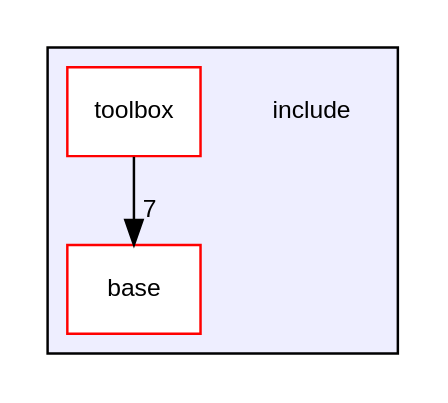
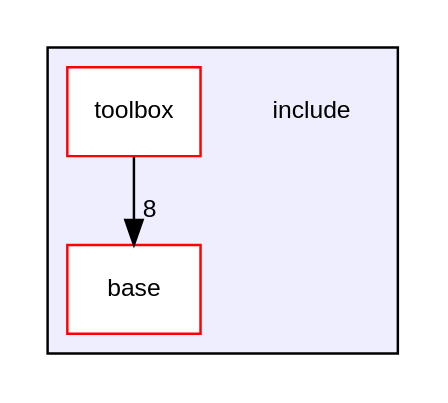
The diagram in dir_d44c64559bbebec7f509842c48db8b23_dep.dot (duddel/yourgamelib), drawn with Graphviz before and after one commit. The commit also changed 75 other files, not shown here.

```diff
--- a/dir_d44c64559bbebec7f509842c48db8b23_dep.dot
+++ b/dir_d44c64559bbebec7f509842c48db8b23_dep.dot
@@ -1,12 +1,12 @@
 digraph "/home/runner/work/yourgamelib/yourgamelib/include" {
   compound=true
   node [ fontsize="10", fontname="Helvetica"];
   edge [ labelfontsize="10", labelfontname="Helvetica"];
   subgraph clusterdir_d44c64559bbebec7f509842c48db8b23 {
     graph [ bgcolor="#eeeeff", pencolor="black", label="" URL="dir_d44c64559bbebec7f509842c48db8b23.html"];
     dir_d44c64559bbebec7f509842c48db8b23 [shape=plaintext label="include"];
     dir_ab1c81409f0df724f17c9ef30afee877 [shape=box label="base" color="red" fillcolor="white" style="filled" URL="dir_ab1c81409f0df724f17c9ef30afee877.html"];
     dir_dc8d4286420b7aa8efcc9a53b027321f [shape=box label="toolbox" color="red" fillcolor="white" style="filled" URL="dir_dc8d4286420b7aa8efcc9a53b027321f.html"];
   }
-  dir_dc8d4286420b7aa8efcc9a53b027321f->dir_ab1c81409f0df724f17c9ef30afee877 [headlabel="7", labeldistance=1.5 headhref="dir_000003_000001.html"];
+  dir_dc8d4286420b7aa8efcc9a53b027321f->dir_ab1c81409f0df724f17c9ef30afee877 [headlabel="8", labeldistance=1.5 headhref="dir_000003_000001.html"];
 }
```
